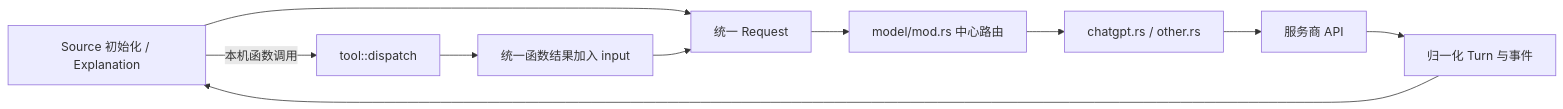
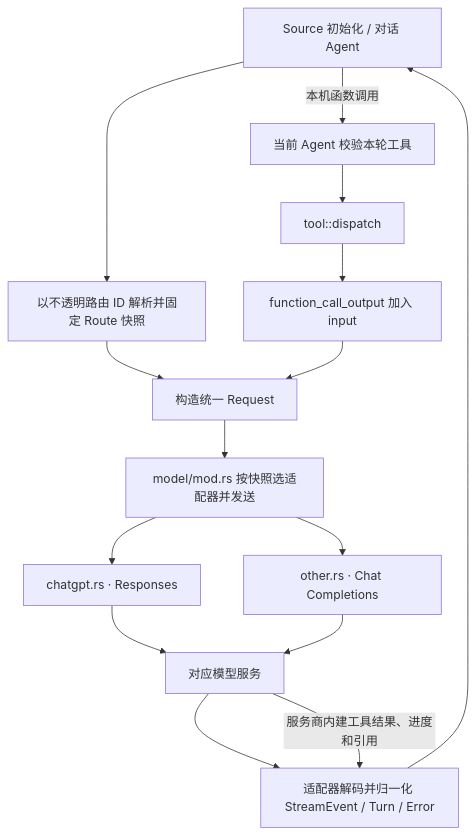
Before and after one commit to zyc-lIIll/OpenRead: the first of 2 diagrams in README.md, drawn with Mermaid. The commit also changed other lines of this file and 44 other files, not shown here.

````diff
--- a/README.md
+++ b/README.md
@@ -99,12 +91,17 @@
 ```mermaid
-flowchart LR
-    A[Source 初始化 / Explanation] --> B[统一 Request]
-    B --> C[model/mod.rs 中心路由]
-    C --> D[chatgpt.rs / other.rs]
-    D --> E[服务商 API]
-    E --> F[归一化 Turn 与事件]
-    F --> A
-    A -->|本机函数调用| G[tool::dispatch]
-    G --> H[统一函数结果加入 input]
-    H --> B
+flowchart TD
+    A[Source 初始化 / 对话 Agent] --> B[以不透明路由 ID 解析并固定 Route 快照]
+    B --> C[构造统一 Request]
+    C --> D[model/mod.rs 按快照选适配器并发送]
+    D --> E[chatgpt.rs · Responses]
+    D --> F[other.rs · Chat Completions]
+    E --> G[对应模型服务]
+    F --> G
+    G --> H[适配器解码并归一化 StreamEvent / Turn / Error]
+    H --> A
+    A -->|本机函数调用| I[当前 Agent 校验本轮工具]
+    I --> J[tool::dispatch]
+    J --> K[function_call_output 加入 input]
+    K --> C
+    G -->|服务商内建工具结果、进度和引用| H
 ```
````
